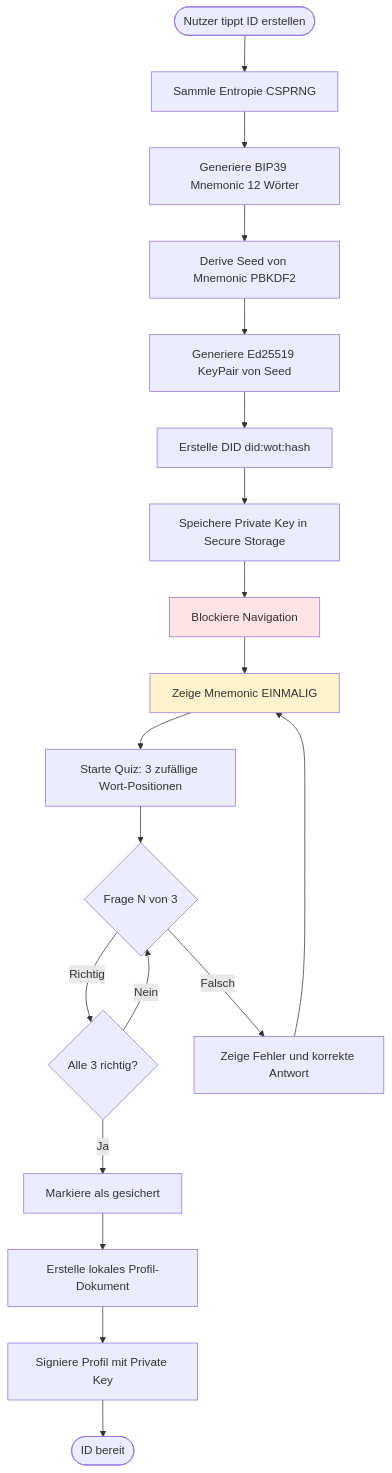
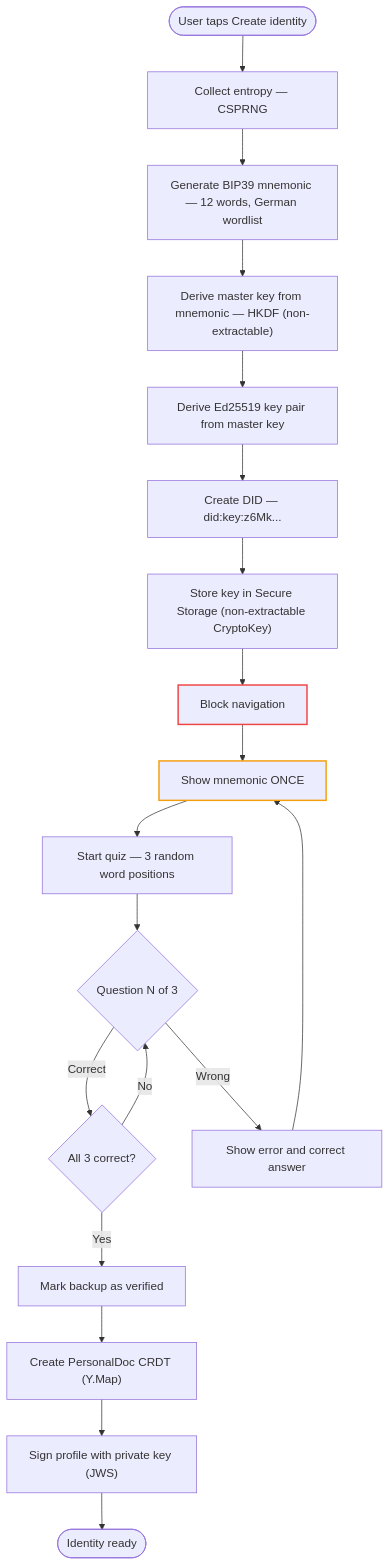
One commit to IT4Change/web-of-trust changed the first of 7 diagrams in docs/flows/01-onboarding-technical.md. Above: the diagram before and after it, drawn with Mermaid. The commit also changed other lines of this file and 6 other files, not shown here.

````diff
--- a/docs/flows/01-onboarding-technical.md
+++ b/docs/flows/01-onboarding-technical.md
@@ -7,38 +7,38 @@
 ```mermaid
 flowchart TD
-    Start(["Nutzer tippt ID erstellen"]) --> Entropy["Sammle Entropie CSPRNG"]
-    
-    Entropy --> GenMnemonic["Generiere BIP39 Mnemonic 12 Wörter"]
-    
-    GenMnemonic --> DeriveSeed["Derive Seed von Mnemonic PBKDF2"]
-    
-    DeriveSeed --> GenKeyPair["Generiere Ed25519 KeyPair von Seed"]
-    
-    GenKeyPair --> CreateDID["Erstelle DID did:wot:hash"]
-    
-    CreateDID --> StorePrivate["Speichere Private Key in Secure Storage"]
-    
-    StorePrivate --> BlockNav["Blockiere Navigation"]
-    
-    BlockNav --> ShowMnemonic["Zeige Mnemonic EINMALIG"]
-    
-    ShowMnemonic --> StartQuiz["Starte Quiz: 3 zufällige Wort-Positionen"]
-    
-    StartQuiz --> Question{"Frage N von 3"}
-    
-    Question -->|Richtig| NextQ{"Alle 3 richtig?"}
-    NextQ -->|Nein| Question
-    NextQ -->|Ja| MarkSecured["Markiere als gesichert"]
-    
-    Question -->|Falsch| ShowError["Zeige Fehler und korrekte Antwort"]
+    Start(["User taps Create identity"]) --> Entropy["Collect entropy — CSPRNG"]
+
+    Entropy --> GenMnemonic["Generate BIP39 mnemonic — 12 words, German wordlist"]
+
+    GenMnemonic --> DeriveSeed["Derive master key from mnemonic — HKDF (non-extractable)"]
+
+    DeriveSeed --> GenKeyPair["Derive Ed25519 key pair from master key"]
+
+    GenKeyPair --> CreateDID["Create DID — did:key:z6Mk..."]
+
+    CreateDID --> StorePrivate["Store key in Secure Storage (non-extractable CryptoKey)"]
+
+    StorePrivate --> BlockNav["Block navigation"]
+
+    BlockNav --> ShowMnemonic["Show mnemonic ONCE"]
+
+    ShowMnemonic --> StartQuiz["Start quiz — 3 random word positions"]
+
+    StartQuiz --> Question{"Question N of 3"}
+
+    Question -->|Correct| NextQ{"All 3 correct?"}
+    NextQ -->|No| Question
+    NextQ -->|Yes| MarkSecured["Mark backup as verified"]
+
+    Question -->|Wrong| ShowError["Show error and correct answer"]
     ShowError --> ShowMnemonic
-    
-    MarkSecured --> CreateProfile["Erstelle lokales Profil-Dokument"]
-    
-    CreateProfile --> SignProfile["Signiere Profil mit Private Key"]
-    
-    SignProfile --> Ready(["ID bereit"])
-    
-    style ShowMnemonic fill:#FFF3CD
-    style BlockNav fill:#FFE4E4
+
+    MarkSecured --> CreateProfile["Create PersonalDoc CRDT (Y.Map)"]
+
+    CreateProfile --> SignProfile["Sign profile with private key (JWS)"]
+
+    SignProfile --> Ready(["Identity ready"])
+
+    style ShowMnemonic stroke:#f59e0b,stroke-width:2px
+    style BlockNav stroke:#ef4444,stroke-width:2px
 ```
````
